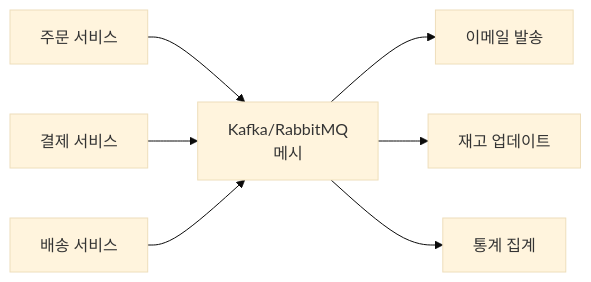
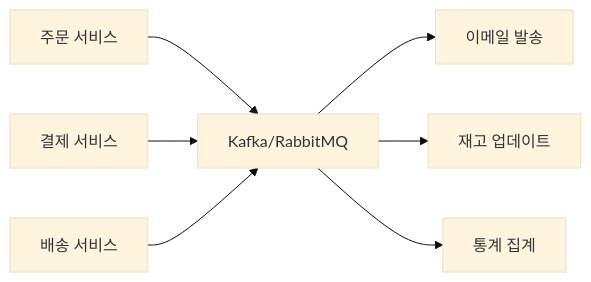
Diagram 13 of 17 in _posts/systemdesign/2026-05-02-system-design-fundamentals.md (yjkim2015/yjkim2015.github.io), drawn with Mermaid (base theme) before and after one commit. The commit also changed other lines of this file and 217 other files, not shown here.

First line of the commit message:
Mermaid 크기 수정: useMaxWidth:true + SVG max-width:100% + 라벨 축소

````diff
--- a/_posts/systemdesign/2026-05-02-system-design-fundamentals.md
+++ b/_posts/systemdesign/2026-05-02-system-design-fundamentals.md
@@ -470,9 +470,9 @@
 ```mermaid
 graph LR
-    P1["주문 서비스"] --> MQ["Kafka/RabbitMQ\n메시"]
+    P1["주문 서비스"] --> MQ["Kafka/RabbitMQ"]
     P2["결제 서비스"] --> MQ
     P3["배송 서비스"] --> MQ
     MQ --> C1["이메일 발송"]
     MQ --> C2["재고 업데이트"]
     MQ --> C3["통계 집계"]
 ```
````
